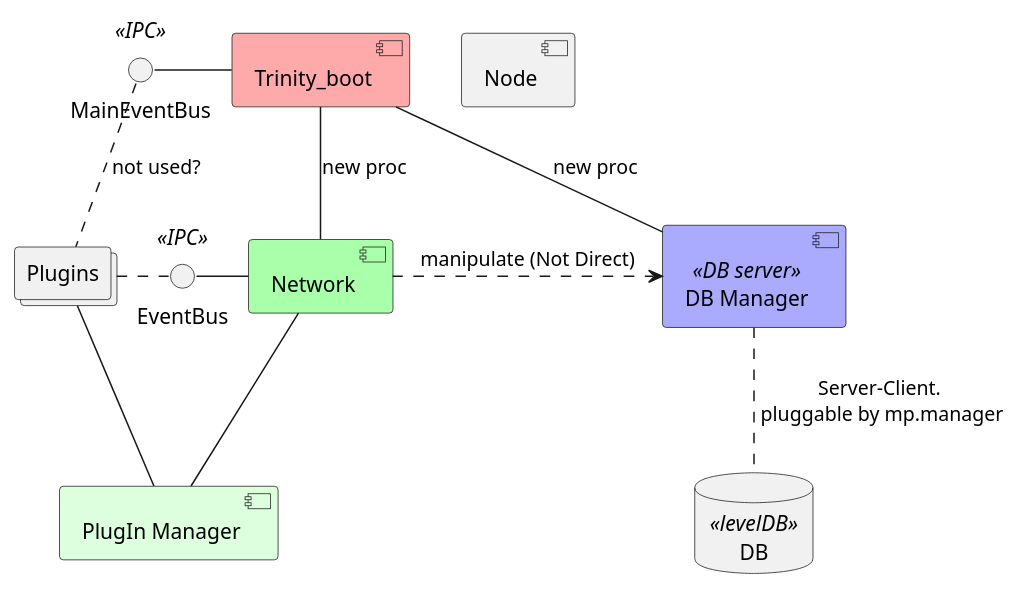
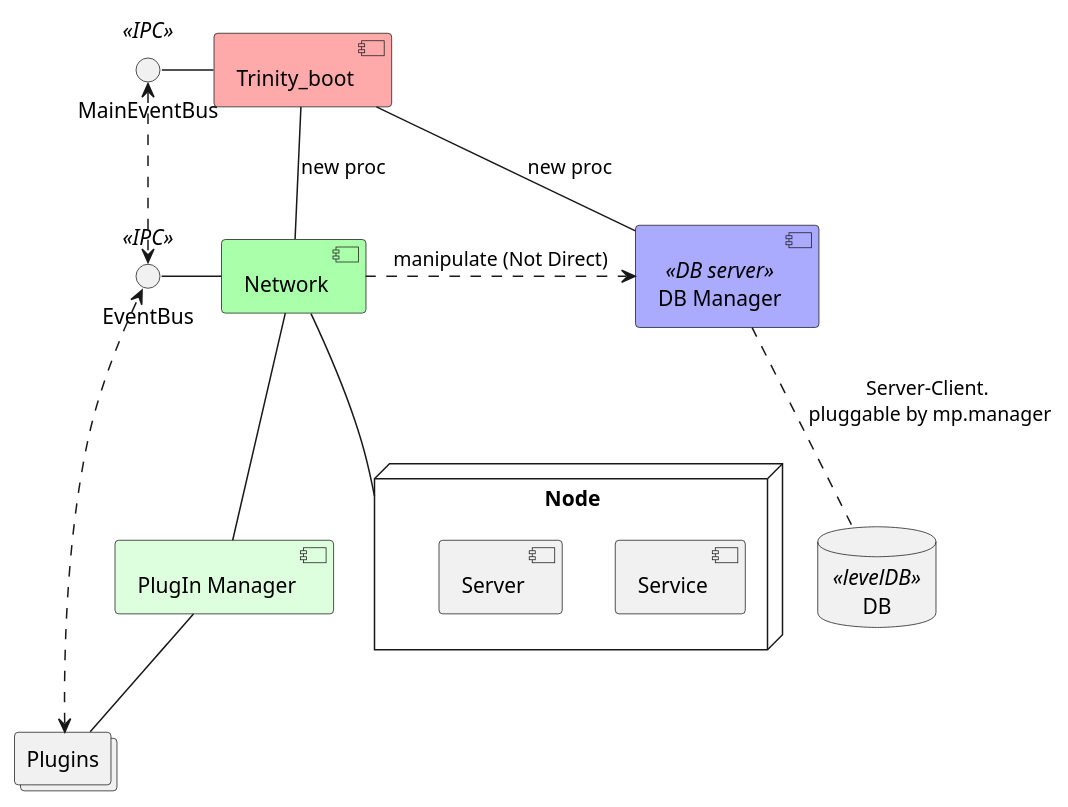
The diagram in ethereum/component.puml (metalg0su/studies), drawn with PlantUML before and after one commit. The commit also changed 2 other files, not shown here.

Commit message:
[ethereum] diagram of plugin types

```diff
--- a/ethereum/component.puml
+++ b/ethereum/component.puml
@@ -1,91 +1,54 @@
 @startuml
 
 '----- Basic Processes Declaration
 () MainEventBus as main_bus <<IPC>>
 () EventBus as bus <<IPC>>
 
 ' Main Boot: configure, trigger point
 '       block gen? set Node type?
 [Trinity_boot] as main #ffaaaa
 
 ' Network: Node. p2p, sync,\n has plugIn Manager
 [Network] as network #aaffaa
 ' 클라이언트 느낌. p2p의 ㅁ관문
-[Node]
+node Node as node {
+    [Service]
+    [Server]
+
+}
 
 ' EventBus By lahja lib: inter-process communication, based on non-blocking asyncio.
 
 ' PlugIns
 [PlugIn Manager] as pg_manager #ddffdd
 collections Plugins as pg
-
 
 ' DB
 [DB Manager] as db_manager <<DB server>> #aaaaff
 database DB <<levelDB>>
 
 '----- Relations
 ' main
 main -left- main_bus
 main -- network: new proc
 main -- db_manager: new proc
 network .right.> db_manager: manipulate (Not Direct)
 
 ' db
 db_manager .. DB: Server-Client.\n pluggable by mp.manager
 
 ' network
+network -down- node
+network -down- pg_manager
+pg_manager -[hidden]r- node
+
 network -left- bus
-network -- pg_manager
-pg_manager -left- pg
+pg_manager -down- pg
+
+main_bus <.down.> bus
+pg <.right.> bus
 
 
 
-pg .left. main_bus: not used?
-pg .right. bus
-
-'package PlugIns {
-''    event-driven. defined by Scope of Mnger
-'
-'    frame MainProcessPlugIn as pg_main {
-''    reconfig main proc and highkack it
-'        [Attach] <<REPL>>
-'        [FixUncleanShutdown]
-'        [DbShell]
-'    }
-'
-'    frame IsolatedPlugIn as pg_iso {
-''        Independent procs
-'        [Ethstats]
-'        [JsonRpcServer]
-'        [PeerCountReporter]
-'        [BeaconNode]
-'        [Peer_Discovery]
-'    }
-'
-'    frame AsyncStopPlugIn as pg_async {
-''        cut the async-flow. like interrupt.
-''        will be refactored as isolatedPlugIn
-'        [Debug]
-'        [LightPeerChainBridge] <<??>>
-'        [Syncer]
-'        [TxPool]
-'    }
-'}
-'
-'' PlugIn Relations
-'bus )-- Attach
-'bus )-- FixUncleanShutdown
-'bus )-- DbShell
-'bus )-- Ethstats
-'bus )-- JsonRpcServer
-'bus )-- PeerCountReporter
-'bus )-- BeaconNode
-'bus )-- Peer_Discovery
-'bus )-- Debug
-'bus )-- LightPeerChainBridge
-'bus )-- Syncer
-'bus )-- TxPool
-
 
 @enduml
```
